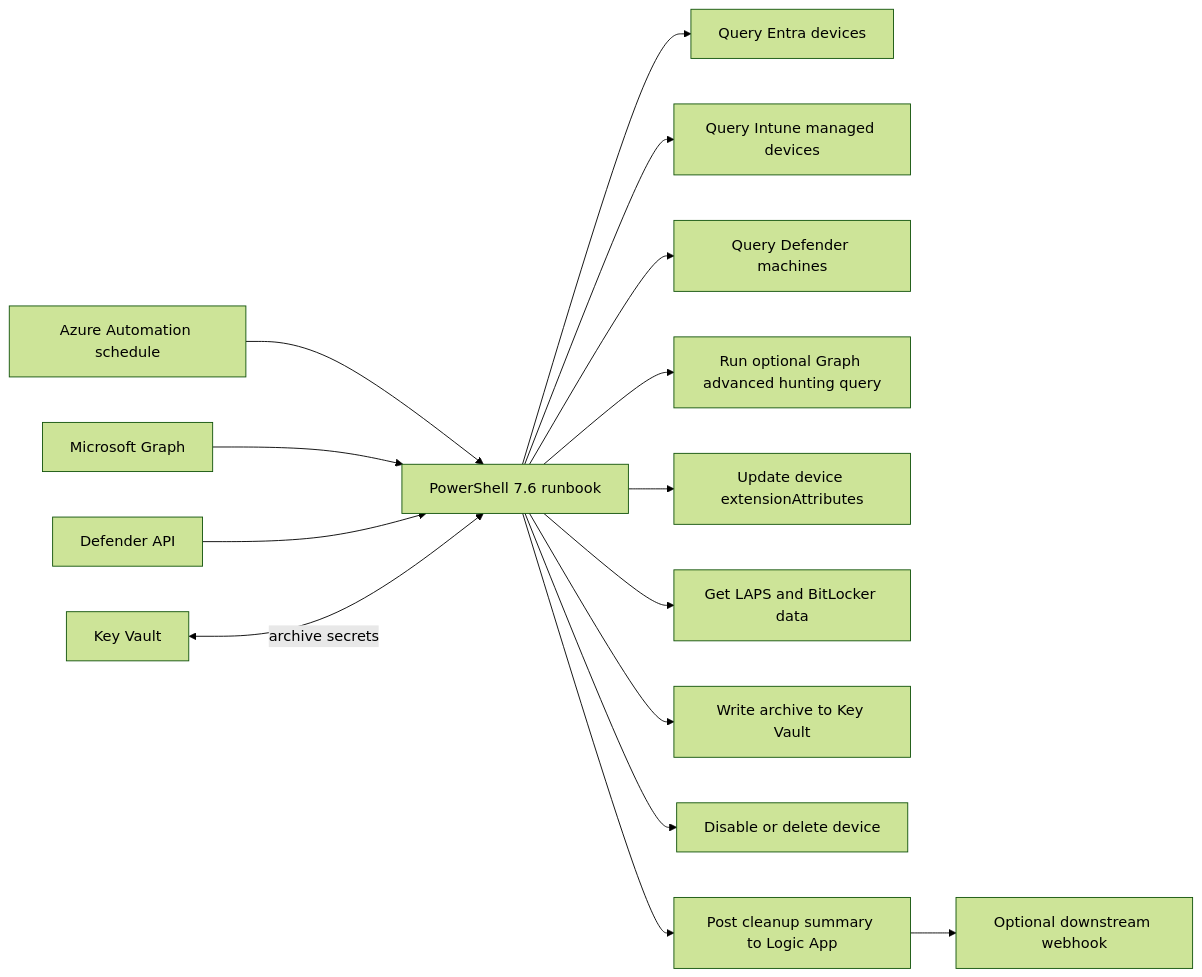
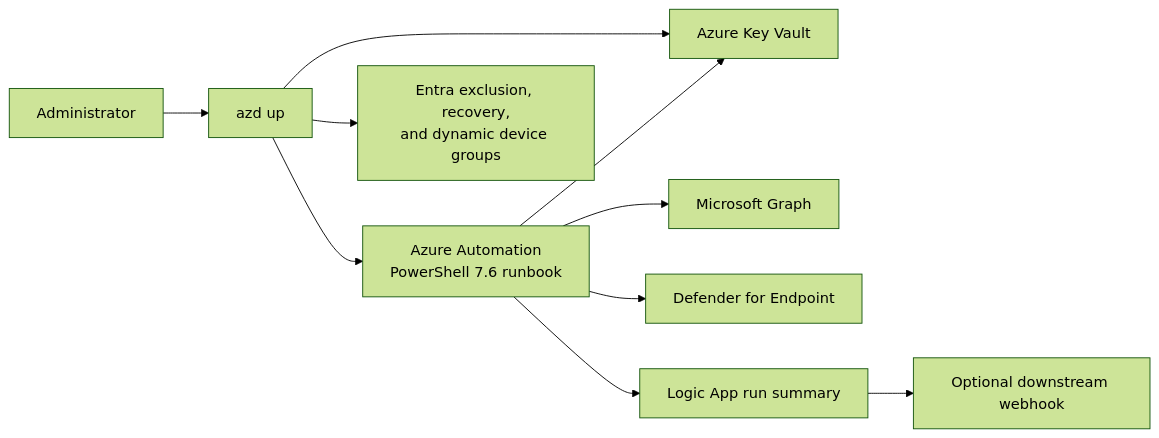
The diagram in README.md (nathanmcnulty/azd-device-cleanup), drawn with Mermaid (forest theme) before and after one commit. The commit also changed other lines of this file and 8 other files, not shown here.

Commit message:
docs: make device cleanup admin friendly

````diff
--- a/README.md
+++ b/README.md
@@ -48,17 +41,12 @@
 ```mermaid
 flowchart LR
-    A[Azure Automation schedule] --> B[PowerShell 7.6 runbook]
-    B --> C[Query Entra devices]
-    B --> D[Query Intune managed devices]
-    B --> E[Query Defender machines]
-    B --> F[Run optional Graph advanced hunting query]
-    B --> G[Update device extensionAttributes]
-    B --> H[Get LAPS and BitLocker data]
-    B --> I[Write archive to Key Vault]
-    B --> J[Disable or delete device]
-    B --> N[Post cleanup summary to Logic App]
-    K[Microsoft Graph] --> B
-    L[Defender API] --> B
-    M[Key Vault] <-->|archive secrets| B
-    N --> O[Optional downstream webhook]
+  Admin[Administrator] --> azd[azd up]
+  azd --> Automation[Azure Automation<br/>PowerShell 7.6 runbook]
+  azd --> Vault[Azure Key Vault]
+  azd --> Groups[Entra exclusion, recovery,<br/>and dynamic device groups]
+  Automation --> Graph[Microsoft Graph]
+  Automation --> Defender[Defender for Endpoint]
+  Automation --> Vault
+  Automation --> Logic[Logic App run summary]
+  Logic --> Webhook[Optional downstream webhook]
 ```
````
